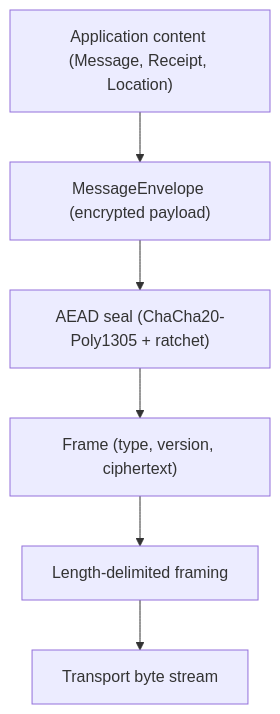
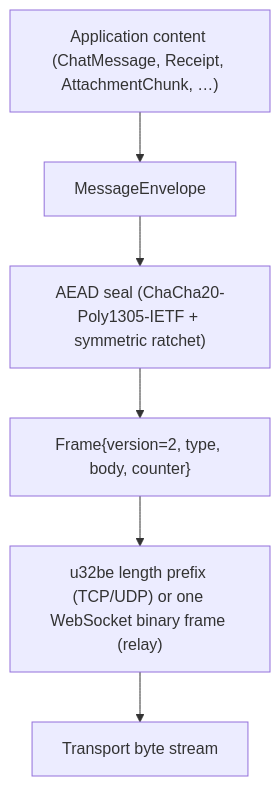
Before and after one commit to 0xAsghar/vMessenger: the first of 5 diagrams in docs/Protocol.md, drawn with Mermaid. The commit also changed other lines of this file and 30 other files, not shown here.

````diff
--- a/docs/Protocol.md
+++ b/docs/Protocol.md
@@ -21,8 +23,8 @@
 ```mermaid
 flowchart TD
-  App["Application content (Message, Receipt, Location)"] --> Inner["MessageEnvelope (encrypted payload)"]
-  Inner --> Seal["AEAD seal (ChaCha20-Poly1305 + ratchet)"]
-  Seal --> Frame["Frame (type, version, ciphertext)"]
-  Frame --> LenPrefix["Length-delimited framing"]
+  App["Application content (ChatMessage, Receipt, AttachmentChunk, …)"] --> Inner["MessageEnvelope"]
+  Inner --> Seal["AEAD seal (ChaCha20-Poly1305-IETF + symmetric ratchet)"]
+  Seal --> Frame["Frame{version=2, type, body, counter}"]
+  Frame --> LenPrefix["u32be length prefix (TCP/UDP) or one WebSocket binary frame (relay)"]
   LenPrefix --> Transport["Transport byte stream"]
 ```
````
